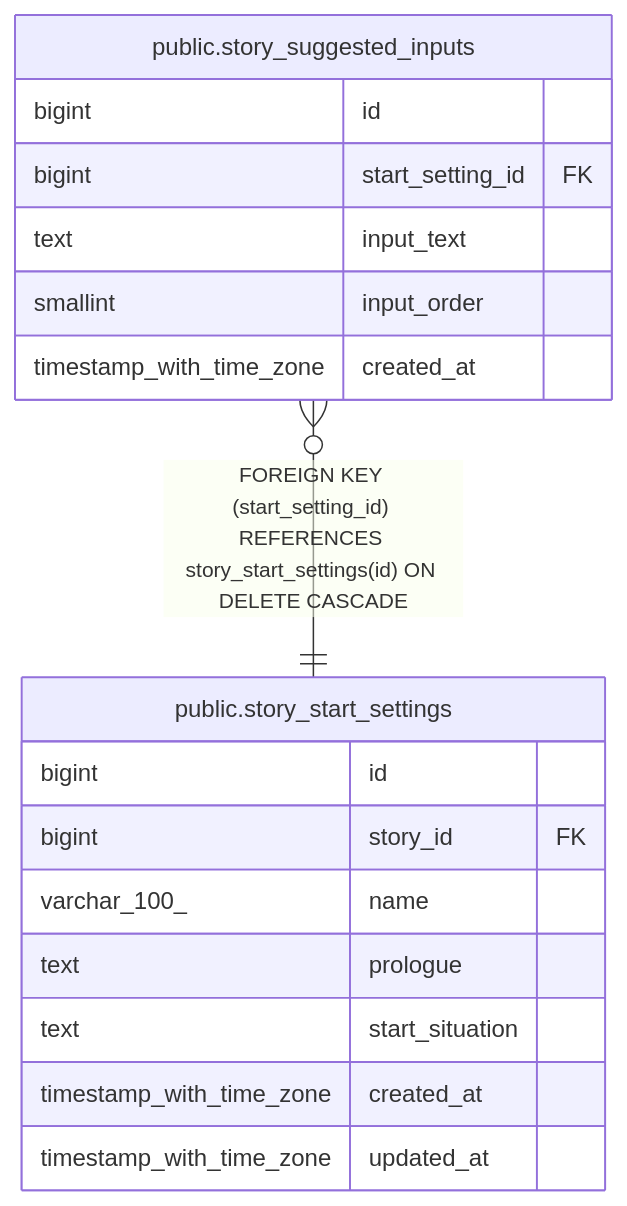
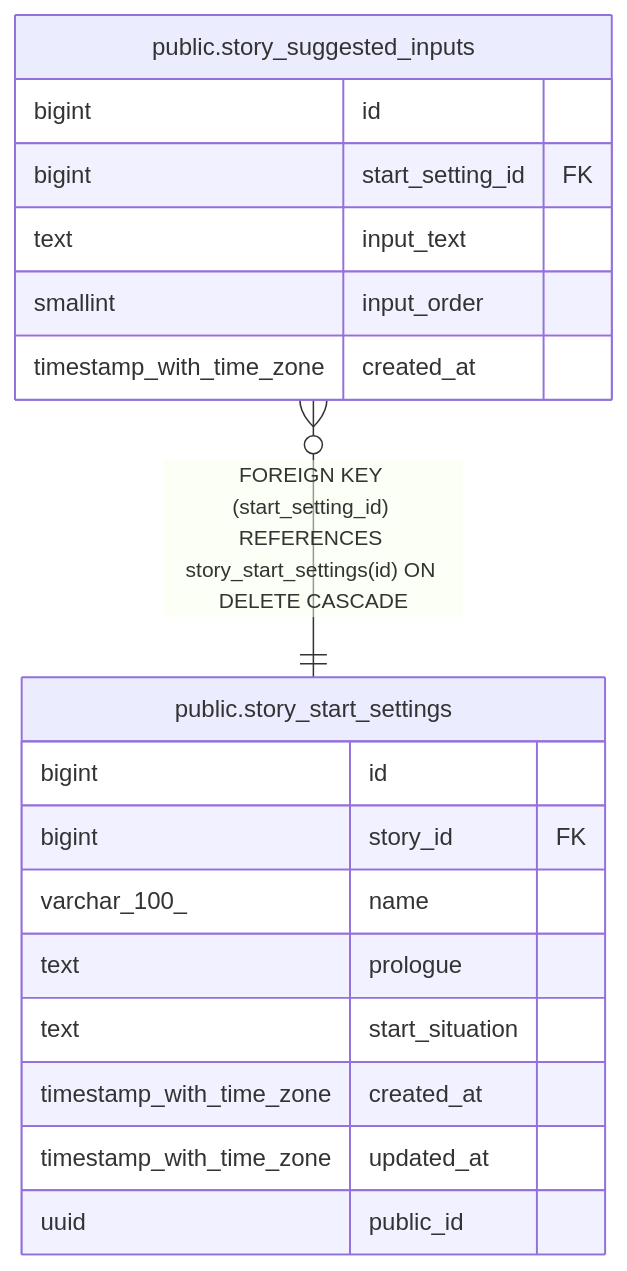
The diagram in dbdoc/public.story_suggested_inputs.md (KIM-N-KANG/manyak-server), drawn with Mermaid before and after one commit. The commit also changed 39 other files, not shown here.

````diff
--- a/dbdoc/public.story_suggested_inputs.md
+++ b/dbdoc/public.story_suggested_inputs.md
@@ -31,22 +31,23 @@
 ```mermaid
 erDiagram
 
 "public.story_suggested_inputs" }o--|| "public.story_start_settings" : "FOREIGN KEY (start_setting_id) REFERENCES story_start_settings(id) ON DELETE CASCADE"
 
 "public.story_suggested_inputs" {
   bigint id
   bigint start_setting_id FK
   text input_text
   smallint input_order
   timestamp_with_time_zone created_at
 }
 "public.story_start_settings" {
   bigint id
   bigint story_id FK
   varchar_100_ name
   text prologue
   text start_situation
   timestamp_with_time_zone created_at
   timestamp_with_time_zone updated_at
+  uuid public_id
 }
 ```
````
